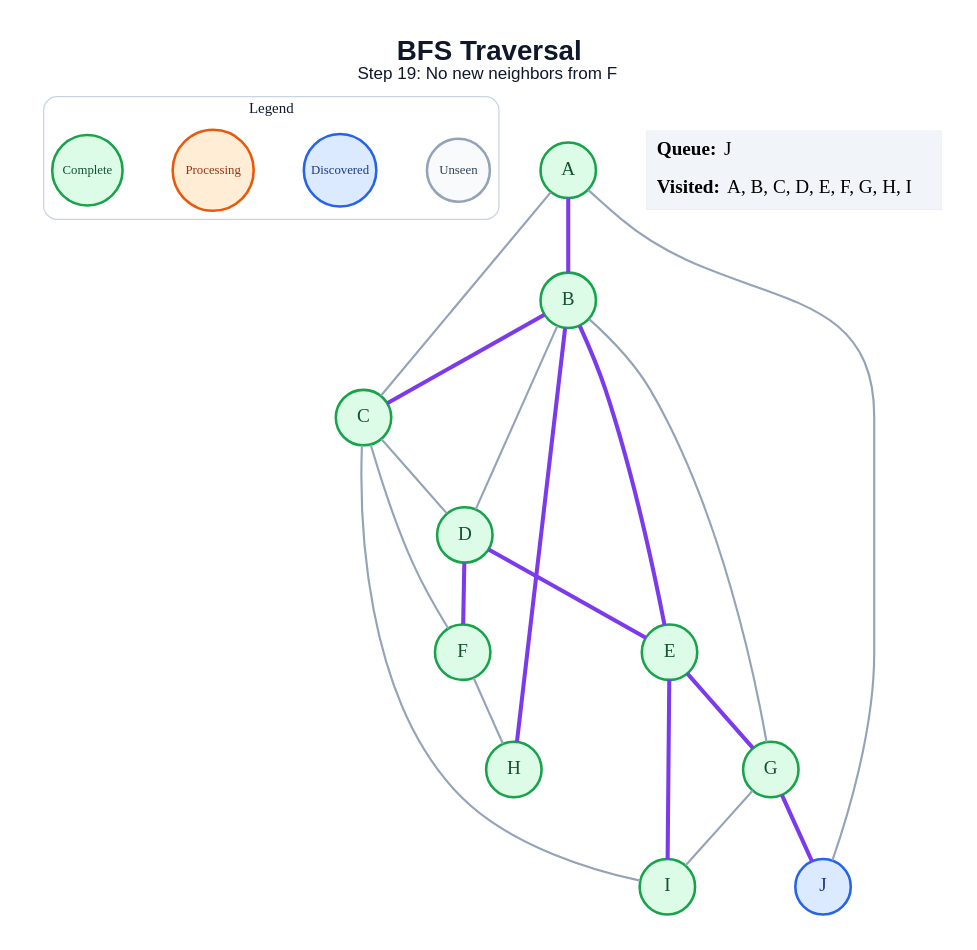
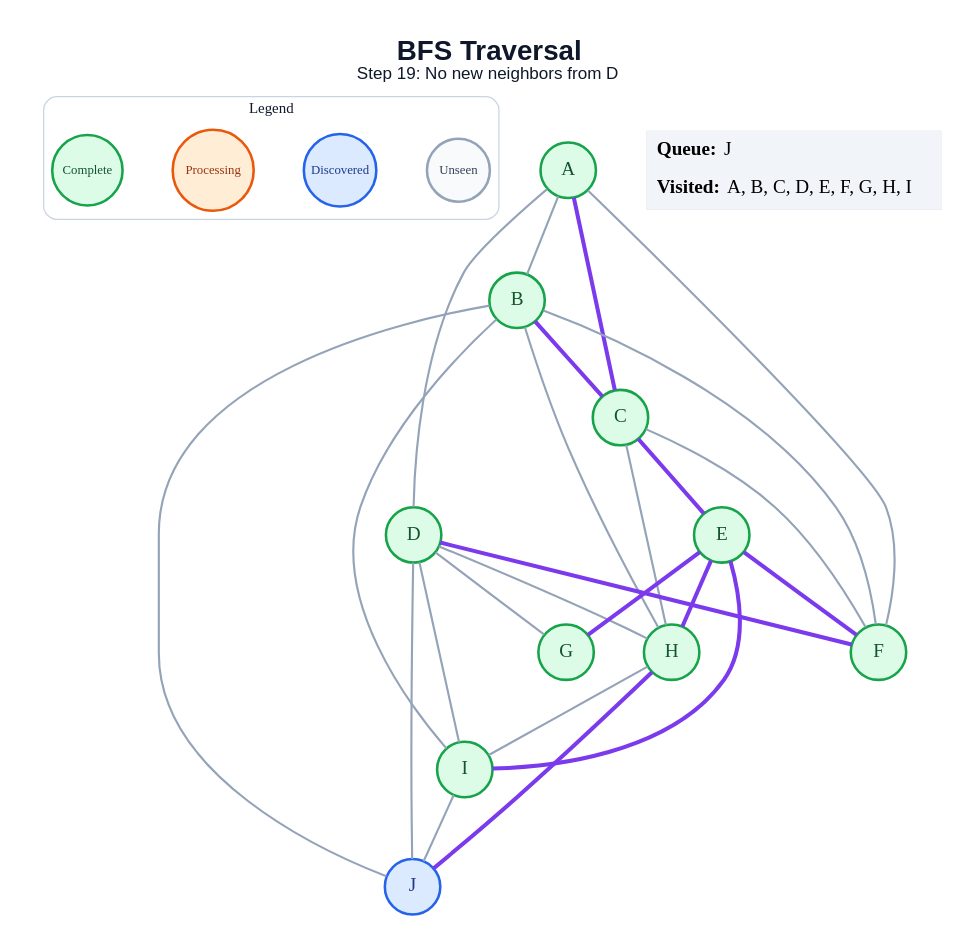
One commit to amanghodawala9/ai-slop changed the diagram in generated/specific-node/bfs/step_19.dot. Above: the diagram before and after it, drawn with Graphviz. The commit also changed 178 other files, not shown here.

```diff
--- a/generated/specific-node/bfs/step_19.dot
+++ b/generated/specific-node/bfs/step_19.dot
@@ -1,47 +1,53 @@
 graph traversal {
   graph [layout=dot, rankdir=TB, bgcolor="#FFFFFF", pad="0.35", nodesep="0.65", ranksep="0.8", fontname="Arial"];
   node [shape=circle, style="filled", fontname="Arial Bold", fontsize=18, width=0.72, fixedsize=true, penwidth=2.4];
   edge [color="#94A3B8", penwidth=2.0];
-  label=<<B>BFS Traversal</B><BR/><FONT POINT-SIZE="16">Step 19: No new neighbors from F</FONT>>; labelloc="t"; fontsize=26; fontname="Arial"; fontcolor="#0F172A";
+  label=<<B>BFS Traversal</B><BR/><FONT POINT-SIZE="16">Step 19: No new neighbors from D</FONT>>; labelloc="t"; fontsize=26; fontname="Arial"; fontcolor="#0F172A";
   subgraph cluster_legend { label="Legend"; color="#CBD5E1"; penwidth=1.2; style="rounded"; fontsize=14; fontname="Arial Bold";
     key_unseen [label="Unseen", fillcolor="#F8FAFC", color="#94A3B8", fontcolor="#334155", fontsize=12, width=0.82];
     key_frontier [label="Discovered", fillcolor="#DBEAFE", color="#2563EB", fontcolor="#1E3A8A", fontsize=12, width=0.95];
     key_current [label="Processing", fillcolor="#FFEDD5", color="#EA580C", fontcolor="#9A3412", fontsize=12, width=1.05];
     key_done [label="Complete", fillcolor="#DCFCE7", color="#16A34A", fontcolor="#14532D", fontsize=12, width=0.92];
     { rank=same; key_unseen; key_frontier; key_current; key_done; }
   }
   A [fillcolor="#DCFCE7", color="#16A34A", fontcolor="#14532D"];
   B [fillcolor="#DCFCE7", color="#16A34A", fontcolor="#14532D"];
   C [fillcolor="#DCFCE7", color="#16A34A", fontcolor="#14532D"];
   D [fillcolor="#DCFCE7", color="#16A34A", fontcolor="#14532D"];
   E [fillcolor="#DCFCE7", color="#16A34A", fontcolor="#14532D"];
   F [fillcolor="#DCFCE7", color="#16A34A", fontcolor="#14532D"];
   G [fillcolor="#DCFCE7", color="#16A34A", fontcolor="#14532D"];
   H [fillcolor="#DCFCE7", color="#16A34A", fontcolor="#14532D"];
   I [fillcolor="#DCFCE7", color="#16A34A", fontcolor="#14532D"];
   J [fillcolor="#DBEAFE", color="#2563EB", fontcolor="#1E3A8A"];
-  A -- B [color="#7C3AED", penwidth=3.8];
-  A -- C;
-  A -- J;
+  A -- B;
+  A -- C [color="#7C3AED", penwidth=3.8];
+  A -- D;
+  A -- F;
   B -- C [color="#7C3AED", penwidth=3.8];
-  B -- D;
-  B -- E [color="#7C3AED", penwidth=3.8];
-  B -- G;
-  B -- H [color="#7C3AED", penwidth=3.8];
-  C -- D;
+  B -- F;
+  B -- H;
+  B -- I;
+  B -- J;
+  C -- E [color="#7C3AED", penwidth=3.8];
   C -- F;
-  C -- I;
-  D -- E [color="#7C3AED", penwidth=3.8];
+  C -- H;
   D -- F [color="#7C3AED", penwidth=3.8];
+  D -- G;
+  D -- H;
+  D -- I;
+  D -- J;
+  E -- F [color="#7C3AED", penwidth=3.8];
   E -- G [color="#7C3AED", penwidth=3.8];
+  E -- H [color="#7C3AED", penwidth=3.8];
   E -- I [color="#7C3AED", penwidth=3.8];
-  F -- H;
-  G -- I;
-  G -- J [color="#7C3AED", penwidth=3.8];
+  H -- I;
+  H -- J [color="#7C3AED", penwidth=3.8];
+  I -- J;
   status [shape=plain, fixedsize=false, width=0, height=0, margin=0, label=<
     <TABLE BORDER="0" CELLBORDER="0" CELLPADDING="7" BGCOLOR="#F1F5F9">
       <TR><TD ALIGN="LEFT"><B>Queue:</B> J</TD></TR>
       <TR><TD ALIGN="LEFT"><B>Visited:</B> A, B, C, D, E, F, G, H, I</TD></TR>
     </TABLE>
   >];
 }
```
